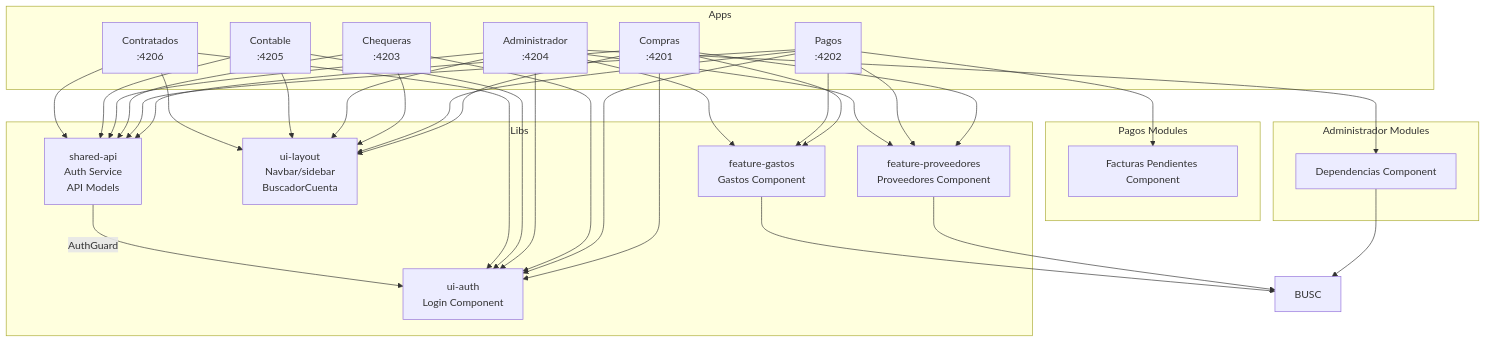
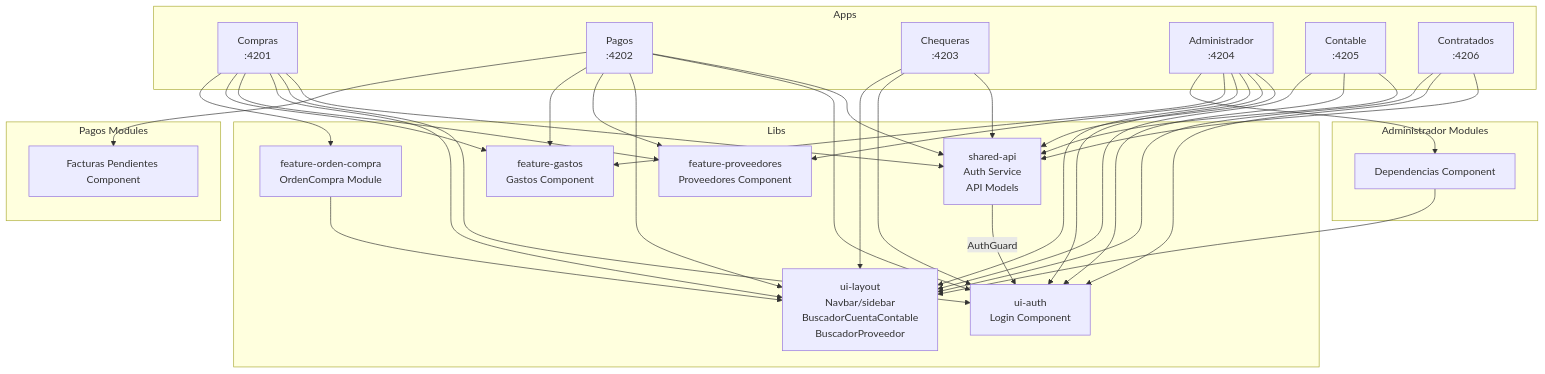
One commit to UM-services/UM.tesoreria.frontend-client changed the diagram in README.md. Above: the diagram before and after it, drawn with Mermaid. The commit also changed other lines of this file and 36 other files, not shown here.

First line of the commit message:
feat(orden-compra): add purchase order module with supporting UI components

````diff
--- a/README.md
+++ b/README.md
@@ -64,64 +65,65 @@
 ```mermaid
 graph TB
     subgraph Apps
         C[Compras<br/>:4201]
         P[Pagos<br/>:4202]
         Q[Chequeras<br/>:4203]
         A[Administrador<br/>:4204]
         CT[Contable<br/>:4205]
         CR[Contratados<br/>:4206]
     end
 
     subgraph "Pagos Modules"
         FP[Facturas Pendientes Component]
     end
 
     subgraph "Administrador Modules"
         DEP[Dependencias Component]
     end
 
     subgraph Libs
         API[shared-api<br/>Auth Service<br/>API Models]
         AUTH[ui-auth<br/>Login Component]
-        LAYOUT[ui-layout<br/>Navbar/sidebar<br/>BuscadorCuenta]
+        LAYOUT[ui-layout<br/>Navbar/sidebar<br/>BuscadorCuentaContable<br/>BuscadorProveedor]
         FPROV[feature-proveedores<br/>Proveedores Component]
         FGAST[feature-gastos<br/>Gastos Component]
+        ORDCOMPRA[feature-orden-compra<br/>OrdenCompra Module]
     end
 
     C --> API
     C --> AUTH
     C --> LAYOUT
     C --> FPROV
     C --> FGAST
-    FPROV --> BUSC
-    FGAST --> BUSC
+    C --> ORDCOMPRA
+    ORDCOMPRA --> LAYOUT
 
     P --> API
     P --> AUTH
     P --> LAYOUT
     P --> FPROV
     P --> FGAST
     P --> FP
 
     Q --> API
     Q --> AUTH
     Q --> LAYOUT
 
     A --> API
     A --> AUTH
     A --> LAYOUT
     A --> FPROV
     A --> FGAST
     A --> DEP
-    DEP --> BUSC
+    DEP --> LAYOUT
 
     CT --> API
     CT --> AUTH
     CT --> LAYOUT
 
     CR --> API
     CR --> AUTH
     CR --> LAYOUT
 
     API --> |AuthGuard| AUTH
 ```
````
